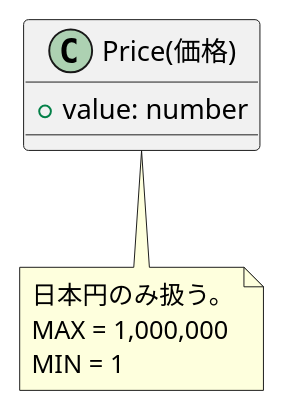
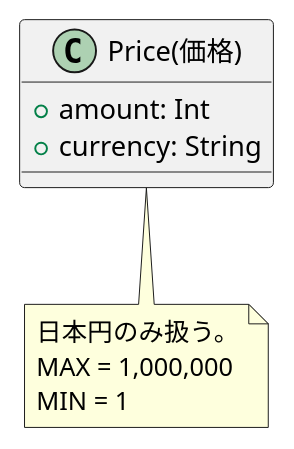
One commit to paper2/ddd-hands-on-kotlin changed the diagram in src/main/kotlin/stock_management/domain/models/book/price/Price.puml. Above: the diagram before and after it, drawn with PlantUML. The commit also changed 11 other files, not shown here.

```diff
--- a/src/main/kotlin/stock_management/domain/models/book/price/Price.puml
+++ b/src/main/kotlin/stock_management/domain/models/book/price/Price.puml
@@ -1,13 +1,14 @@
 @startuml Price
 
 class "Price(価格)" as Price {
-    + value: number
+    + amount: Int
+    + currency: String
 }
 
 note bottom of Price
     日本円のみ扱う。
     MAX = 1,000,000
     MIN = 1
 end note
 
 @enduml
```
